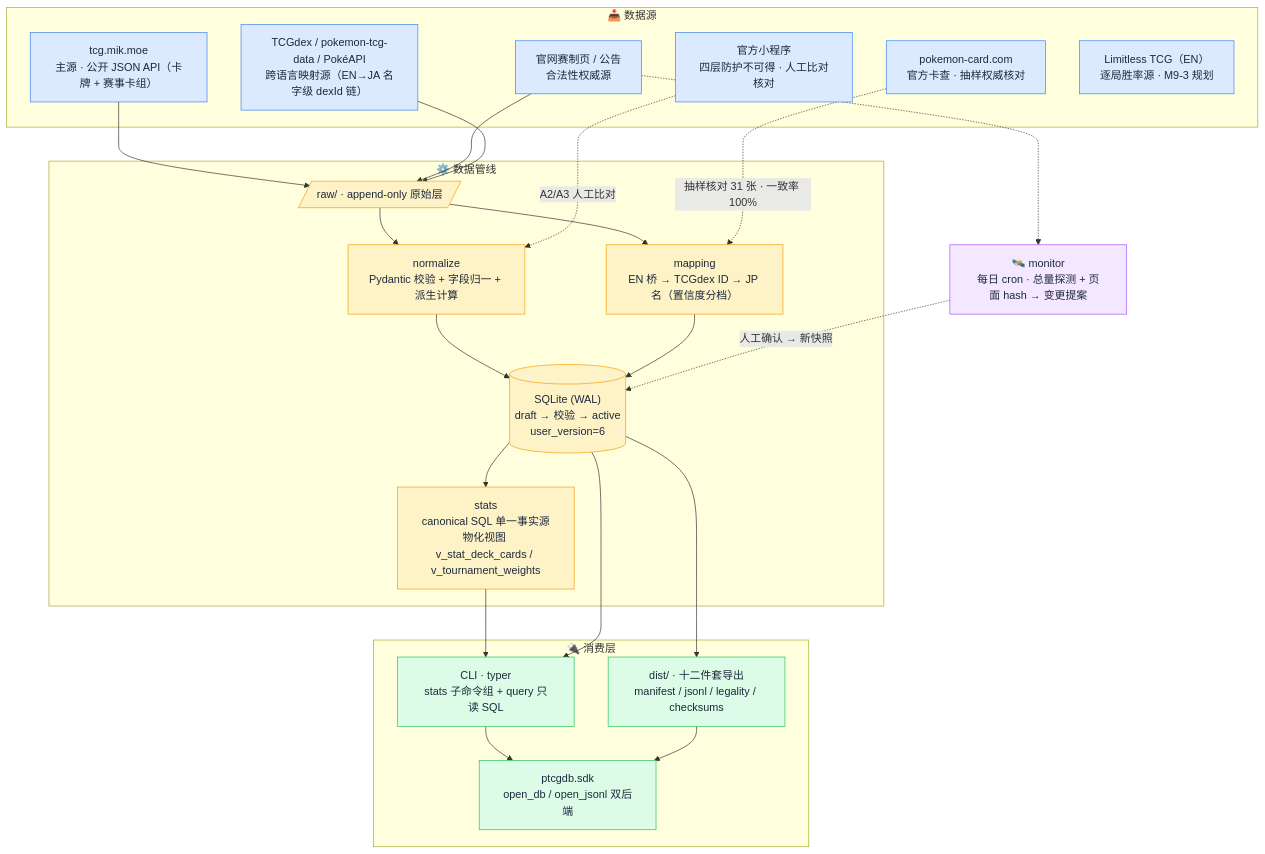
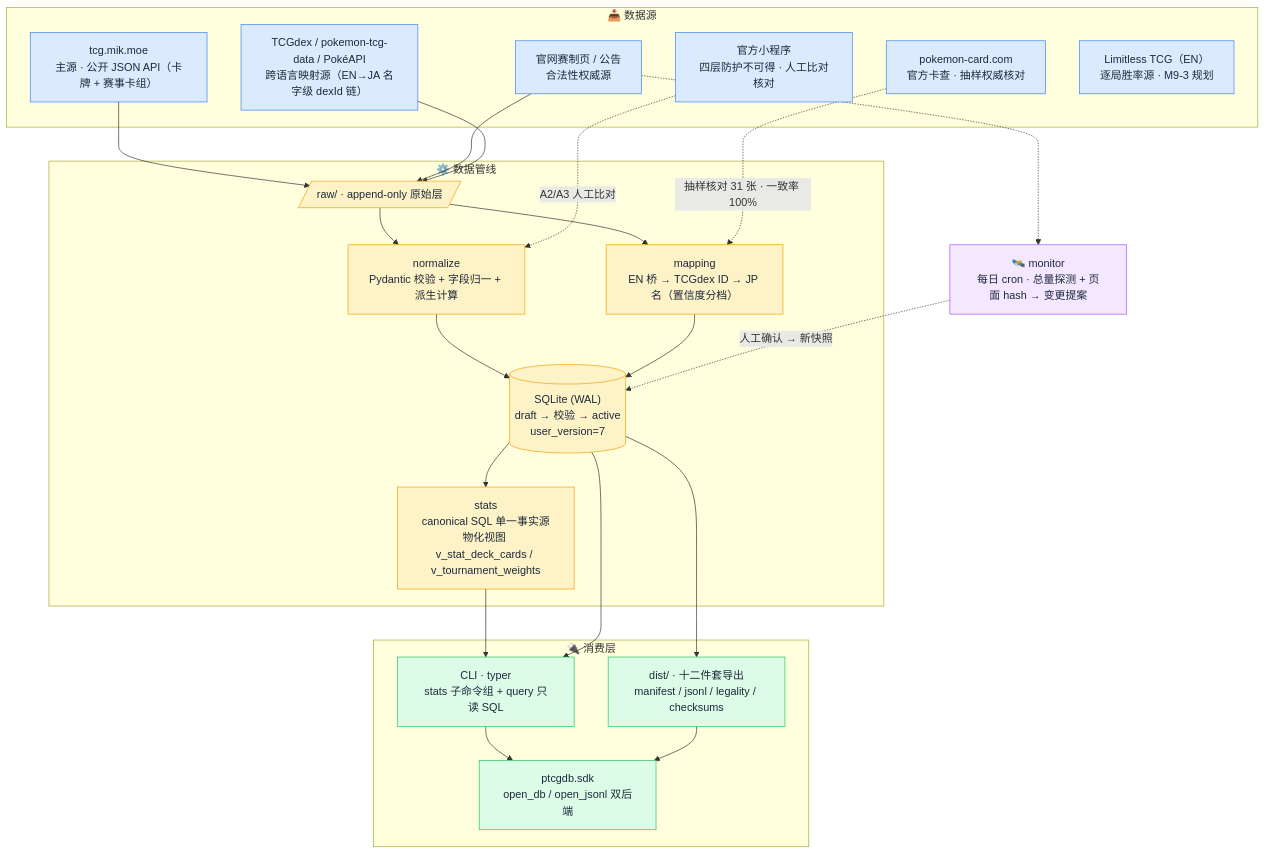
The diagram in README.md (Bingtuu/Pokearena), drawn with Mermaid before and after one commit. The commit also changed other lines of this file, not shown here.

Commit message:
docs(README): 同步task030后现状——PRD v1.11/测试303/user_version=7;亮点补太晶识别is_tera166+卡号分母种子+能量alias_of;CLI补map-tera;Roadmap A2 100/100核销+三件技术债清偿,M8剩A3

````diff
--- a/README.md
+++ b/README.md
@@ -73,52 +74,52 @@
 ```mermaid
 flowchart TB
     subgraph SRC["📥 数据源"]
         A["tcg.mik.moe<br/>主源 · 公开 JSON API（卡牌 + 赛事卡组）"]
         B["官网赛制页 / 公告<br/>合法性权威源"]
         C["官方小程序<br/>四层防护不可得 · 人工比对核对"]
         D["TCGdex / pokemon-tcg-data / PokéAPI<br/>跨语言映射源（EN→JA 名字级 dexId 链）"]
         E["pokemon-card.com<br/>官方卡查 · 抽样权威核对"]
         F["Limitless TCG（EN）<br/>逐局胜率源 · M9-3 规划"]
     end
 
     subgraph PIPE["⚙️ 数据管线"]
         RAW[/"raw/ · append-only 原始层"/]
         NORM["normalize<br/>Pydantic 校验 + 字段归一 + 派生计算"]
         MAP["mapping<br/>EN 桥 → TCGdex ID → JP 名（置信度分档）"]
-        DB[("SQLite (WAL)<br/>draft → 校验 → active<br/>user_version=6")]
+        DB[("SQLite (WAL)<br/>draft → 校验 → active<br/>user_version=7")]
         STATS["stats<br/>canonical SQL 单一事实源<br/>物化视图 v_stat_deck_cards / v_tournament_weights"]
     end
 
     subgraph OUT["🔌 消费层"]
         CLI["CLI · typer<br/>stats 子命令组 + query 只读 SQL"]
         DIST["dist/ · 十二件套导出<br/>manifest / jsonl / legality / checksums"]
         SDK["ptcgdb.sdk<br/>open_db / open_jsonl 双后端"]
     end
 
     MON["🛰️ monitor<br/>每日 cron · 总量探测 + 页面 hash → 变更提案"]
 
     A --> RAW
     B --> RAW
     D --> RAW
     RAW --> NORM --> DB
     RAW --> MAP --> DB
     E -.->|抽样核对 31 张 · 一致率 100%| MAP
     C -.->|A2/A3 人工比对| NORM
     DB --> STATS
     STATS --> CLI
     DB --> CLI
     DB --> DIST
     CLI --> SDK
     DIST --> SDK
     B -.-> MON
     MON -.->|人工确认 → 新快照| DB
 
     classDef source fill:#dbeafe,stroke:#3b82f6,color:#1e293b;
     classDef pipe fill:#fef3c7,stroke:#f59e0b,color:#1e293b;
     classDef out fill:#dcfce7,stroke:#22c55e,color:#1e293b;
     classDef mon fill:#f3e8ff,stroke:#a855f7,color:#1e293b;
     class A,B,C,D,E,F source;
     class RAW,NORM,MAP,DB,STATS pipe;
     class CLI,DIST,SDK out;
     class MON mon;
 ```
````
